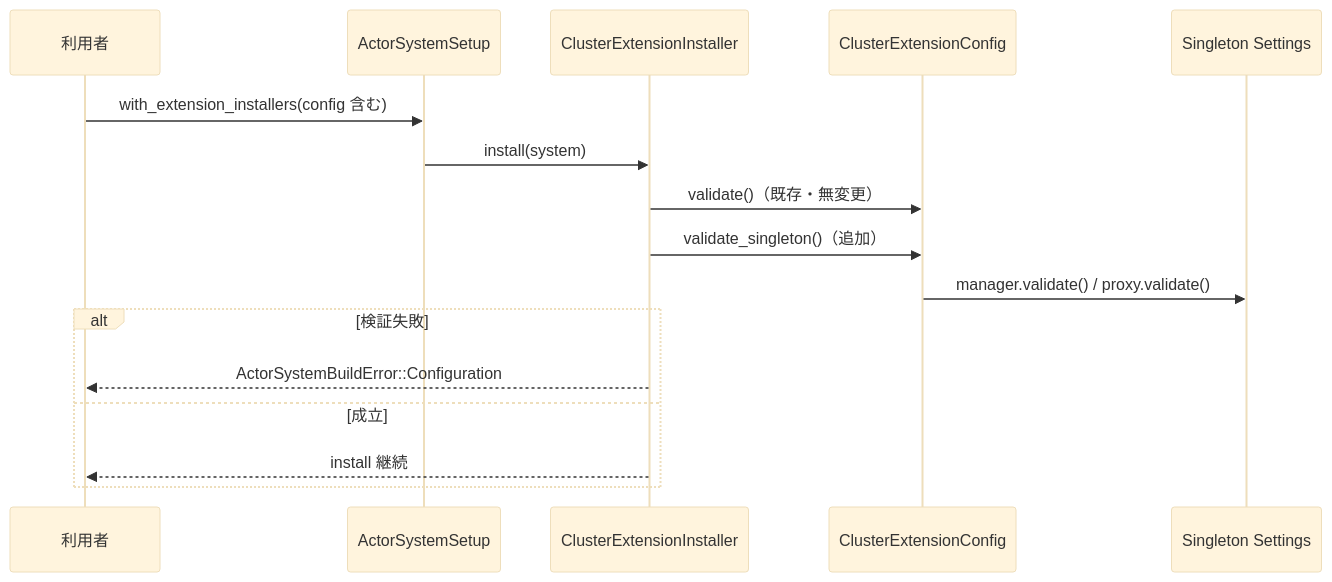
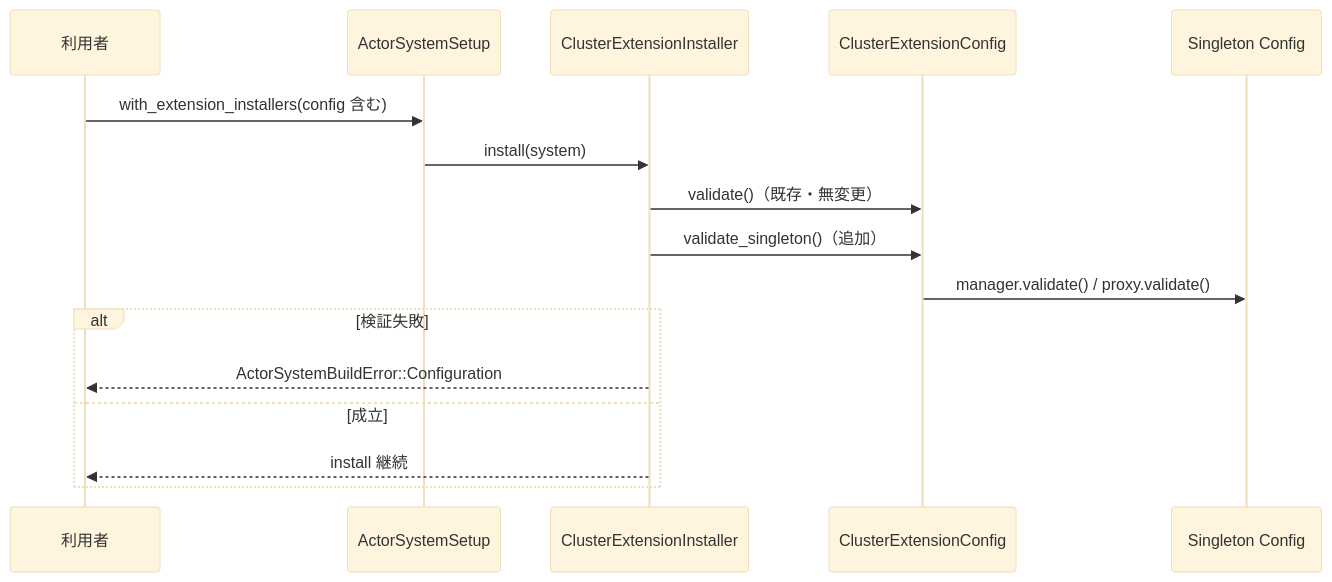
Before and after one commit to j5ik2o/fraktor-rs: the second of 2 diagrams in .kiro/specs/cluster-singleton-settings-contract/design.md, drawn with Mermaid (base theme). The commit also changed other lines of this file and 18 other files, not shown here.

Commit message:
refactor(cluster-singleton-settings-contract): rename singleton *Settings types to *Config

````diff
--- a/.kiro/specs/cluster-singleton-settings-contract/design.md
+++ b/.kiro/specs/cluster-singleton-settings-contract/design.md
@@ -142,19 +142,19 @@
 ```mermaid
 sequenceDiagram
   participant User as 利用者
   participant Setup as ActorSystemSetup
   participant Installer as ClusterExtensionInstaller
   participant Config as ClusterExtensionConfig
-  participant Singleton as Singleton Settings
+  participant Singleton as Singleton Config
 
   User->>Setup: with_extension_installers(config 含む)
   Setup->>Installer: install(system)
   Installer->>Config: validate()（既存・無変更）
   Installer->>Config: validate_singleton()（追加）
   Config->>Singleton: manager.validate() / proxy.validate()
   alt 検証失敗
     Installer-->>User: ActorSystemBuildError::Configuration
   else 成立
     Installer-->>User: install 継続
   end
 ```
````
